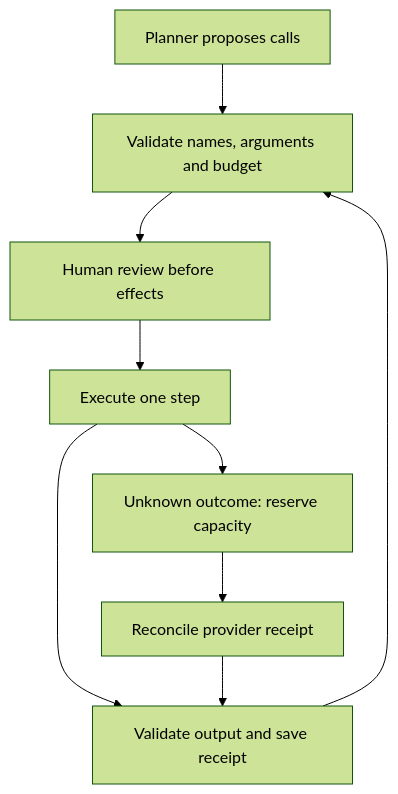
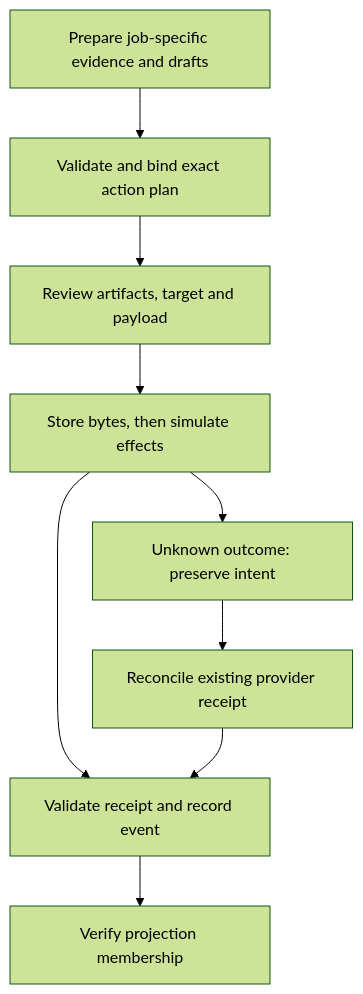
One commit to jyotheshkar/linkedin-agent-development-lab changed the diagram in docs/AGENT.md. Above: the diagram before and after it, drawn with Mermaid (forest theme). The commit also changed other lines of this file and 4 other files, not shown here.

````diff
--- a/docs/AGENT.md
+++ b/docs/AGENT.md
@@ -9,11 +11,11 @@
 ```mermaid
 flowchart TD
-    P["Planner proposes calls"] --> V["Validate names, arguments and budget"]
-    V --> R["Human review before effects"]
-    R --> E["Execute one step"]
-    E --> C["Validate output and save receipt"]
-    C --> V
-    E --> U["Unknown outcome: reserve capacity"]
-    U --> Q["Reconcile provider receipt"]
+    P["Prepare job-specific evidence and drafts"] --> V["Validate and bind exact action plan"]
+    V --> R["Review artifacts, target and payload"]
+    R --> E["Store bytes, then simulate effects"]
+    E --> C["Validate receipt and record event"]
+    C --> D["Verify projection membership"]
+    E --> U["Unknown outcome: preserve intent"]
+    U --> Q["Reconcile existing provider receipt"]
     Q --> C
 ```
````
